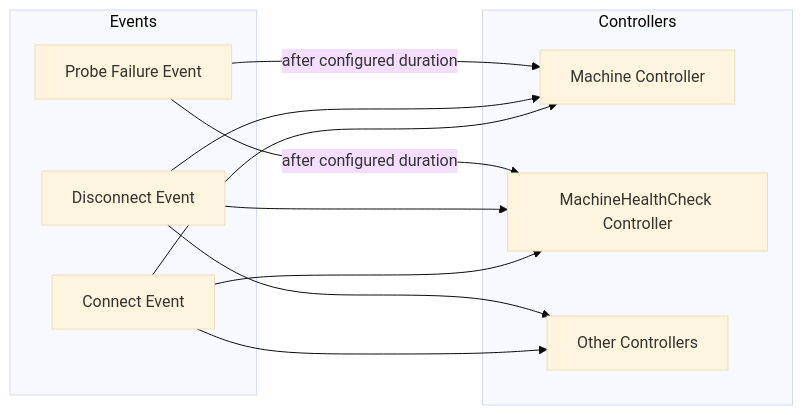
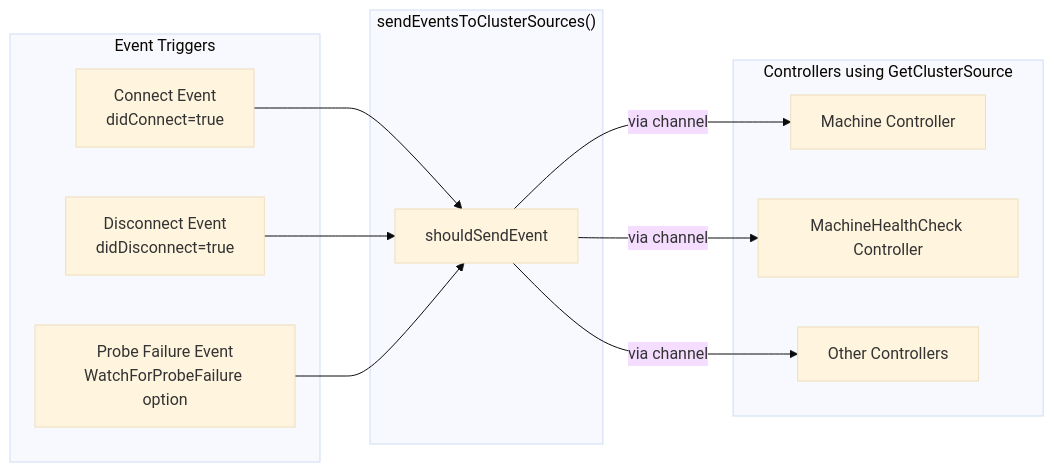
One commit to seanyen/cluster-api changed the fourth of 4 diagrams in ai-gen/controllers/clustercache-controller.md. Above: the diagram before and after it, drawn with Mermaid (base theme). The commit also changed other lines of this file and 5 other files, not shown here.

````diff
--- a/ai-gen/controllers/clustercache-controller.md
+++ b/ai-gen/controllers/clustercache-controller.md
@@ -203,25 +236,26 @@
 ```mermaid
 flowchart LR
-    subgraph Events
-        Connect[Connect Event]
-        Disconnect[Disconnect Event]
-        ProbeFailure[Probe Failure Event]
+    subgraph Events["Event Triggers"]
+        Connect[Connect Event<br/>didConnect=true]
+        Disconnect[Disconnect Event<br/>didDisconnect=true]
+        ProbeFailure[Probe Failure Event<br/>WatchForProbeFailure option]
     end
     
-    subgraph Controllers
+    subgraph ClusterCache["sendEventsToClusterSources()"]
+        Check[shouldSendEvent]
+    end
+    
+    subgraph Controllers["Controllers using GetClusterSource"]
         MachineCtrl[Machine Controller]
         MHCCtrl[MachineHealthCheck Controller]
         OtherCtrl[Other Controllers]
     end
     
-    Connect --> MachineCtrl
-    Connect --> MHCCtrl
-    Connect --> OtherCtrl
+    Connect --> Check
+    Disconnect --> Check
+    ProbeFailure --> Check
     
-    Disconnect --> MachineCtrl
-    Disconnect --> MHCCtrl
-    Disconnect --> OtherCtrl
-    
-    ProbeFailure -->|after configured duration| MachineCtrl
-    ProbeFailure -->|after configured duration| MHCCtrl
+    Check -->|via channel| MachineCtrl
+    Check -->|via channel| MHCCtrl
+    Check -->|via channel| OtherCtrl
 ```
````
